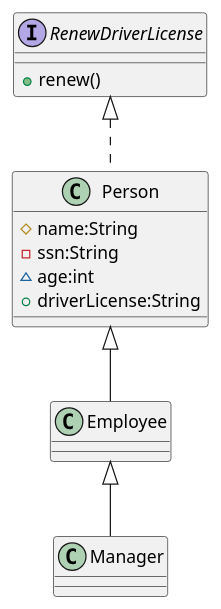
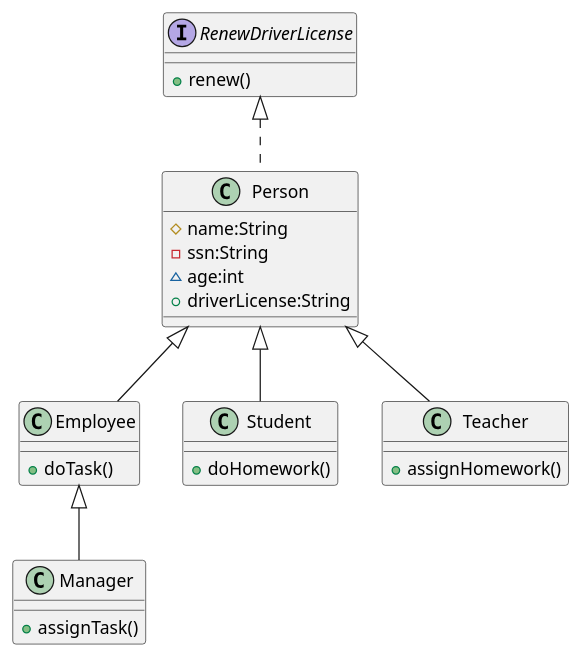
Before and after one commit to jwang1122/playground: the diagram in doc/inheritence.wsd, drawn with PlantUML. The commit also changed 10 other files, not shown here.

```diff
--- a/doc/inheritence.wsd
+++ b/doc/inheritence.wsd
@@ -1,13 +1,18 @@
 @startuml
 
 interface RenewDriverLicense
 RenewDriverLicense : +renew()
 RenewDriverLicense <|.. Person
 Person : #name:String
 Person : -ssn:String
 Person : ~age:int
 Person : +driverLicense:String
 Person <|-- Employee
 Employee <|-- Manager
-
+Employee : +doTask()
+Manager : +assignTask()
+Person <|-- Student
+Person <|-- Teacher
+Student : +doHomework()
+Teacher : +assignHomework()
 @enduml
```
